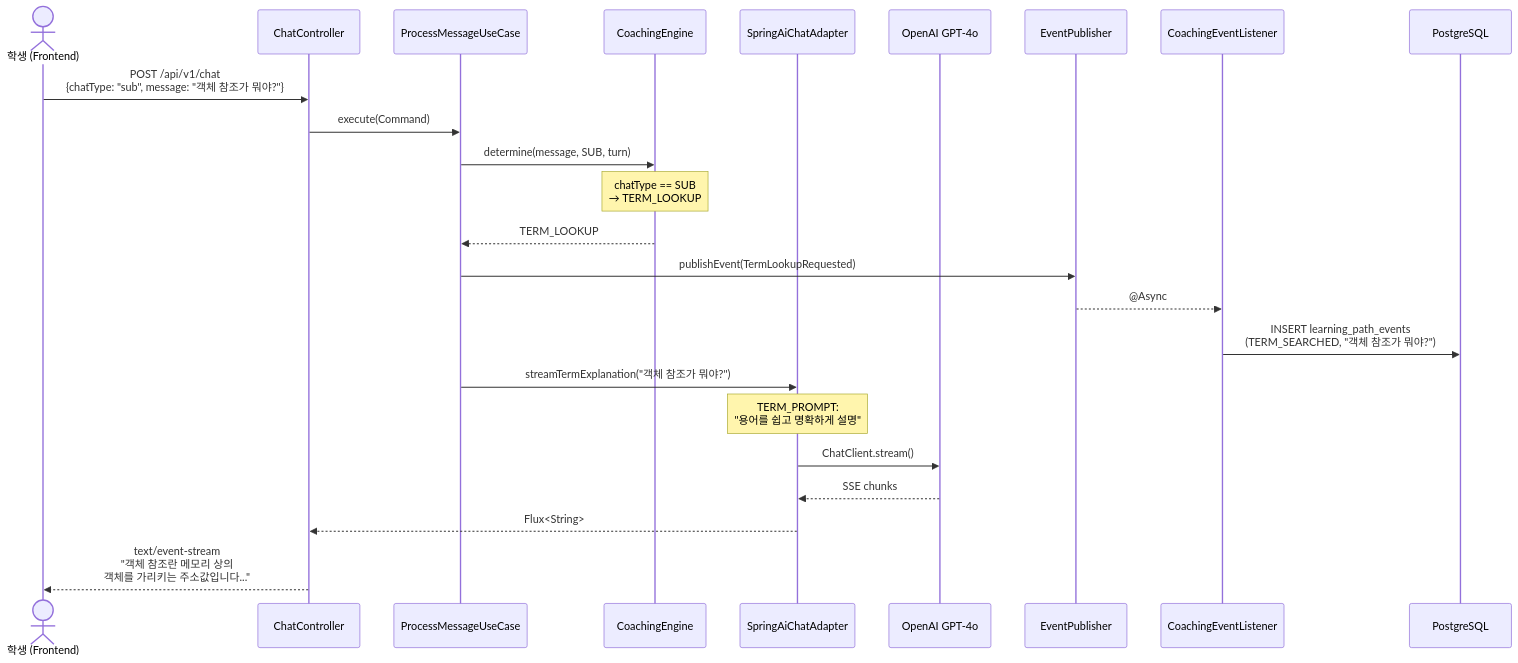
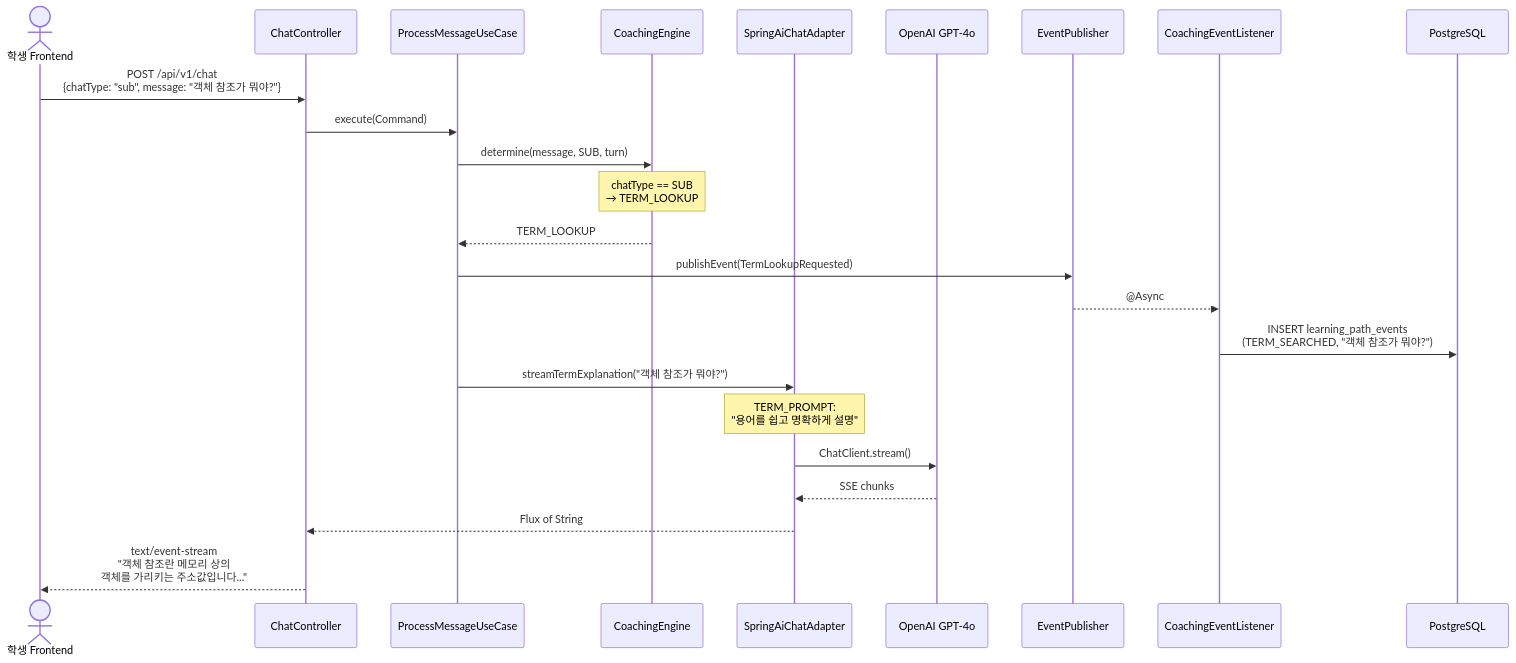
One commit to kimuragen23/nadoCEO_BE changed the third of 8 diagrams in docs/sequence-diagrams.md. Above: the diagram before and after it, drawn with Mermaid. The commit also changed other lines of this file, not shown here.

First line of the commit message:
fix: Mermaid 시퀀스 다이어그램 렌더링 오류 수정

````diff
--- a/docs/sequence-diagrams.md
+++ b/docs/sequence-diagrams.md
@@ -122,30 +122,30 @@
 ```mermaid
 sequenceDiagram
-    actor Student as 학생 (Frontend)
+    actor Student as 학생 Frontend
     participant Controller as ChatController
     participant UseCase as ProcessMessageUseCase
     participant Engine as CoachingEngine
     participant AI as SpringAiChatAdapter
     participant GPT as OpenAI GPT-4o
     participant Publisher as EventPublisher
     participant Listener as CoachingEventListener
     participant DB as PostgreSQL
 
     Student->>Controller: POST /api/v1/chat<br/>{chatType: "sub", message: "객체 참조가 뭐야?"}
     Controller->>UseCase: execute(Command)
 
     UseCase->>Engine: determine(message, SUB, turn)
     Note over Engine: chatType == SUB<br/>→ TERM_LOOKUP
     Engine-->>UseCase: TERM_LOOKUP
 
     UseCase->>Publisher: publishEvent(TermLookupRequested)
     Publisher-->>Listener: @Async
     Listener->>DB: INSERT learning_path_events<br/>(TERM_SEARCHED, "객체 참조가 뭐야?")
 
     UseCase->>AI: streamTermExplanation("객체 참조가 뭐야?")
     Note over AI: TERM_PROMPT:<br/>"용어를 쉽고 명확하게 설명"
     AI->>GPT: ChatClient.stream()
     GPT-->>AI: SSE chunks
-    AI-->>Controller: Flux<String>
+    AI-->>Controller: Flux of String
     Controller-->>Student: text/event-stream<br/>"객체 참조란 메모리 상의<br/>객체를 가리키는 주소값입니다..."
 ```
````
